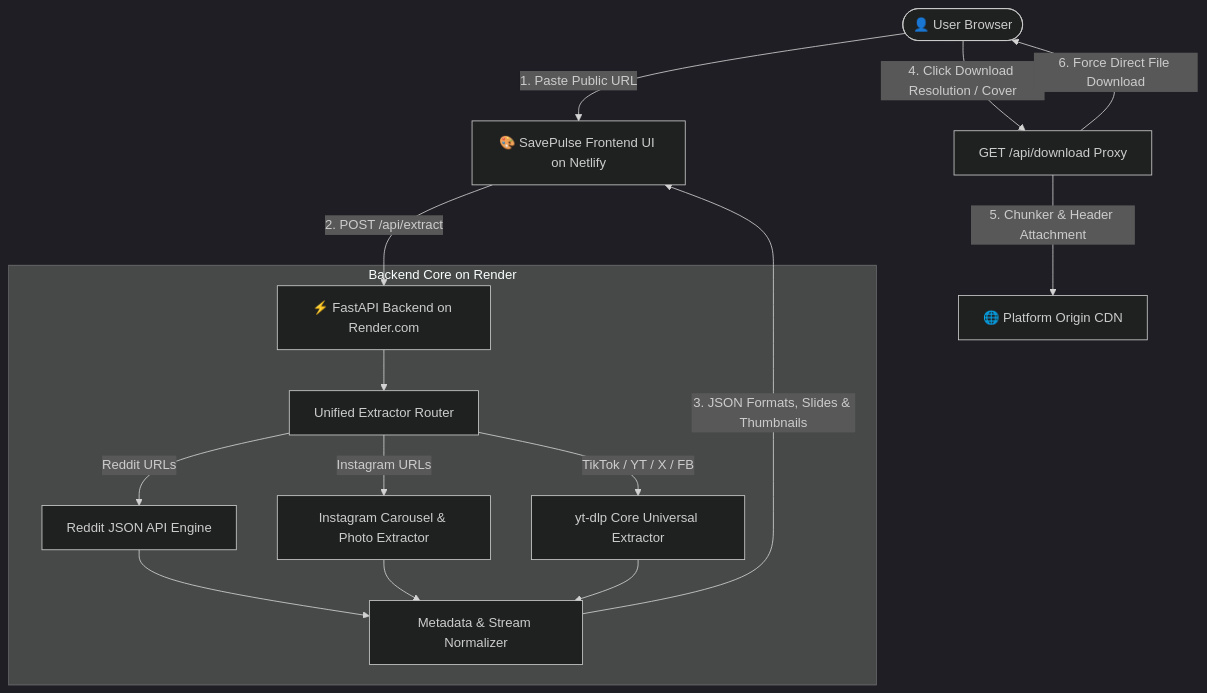
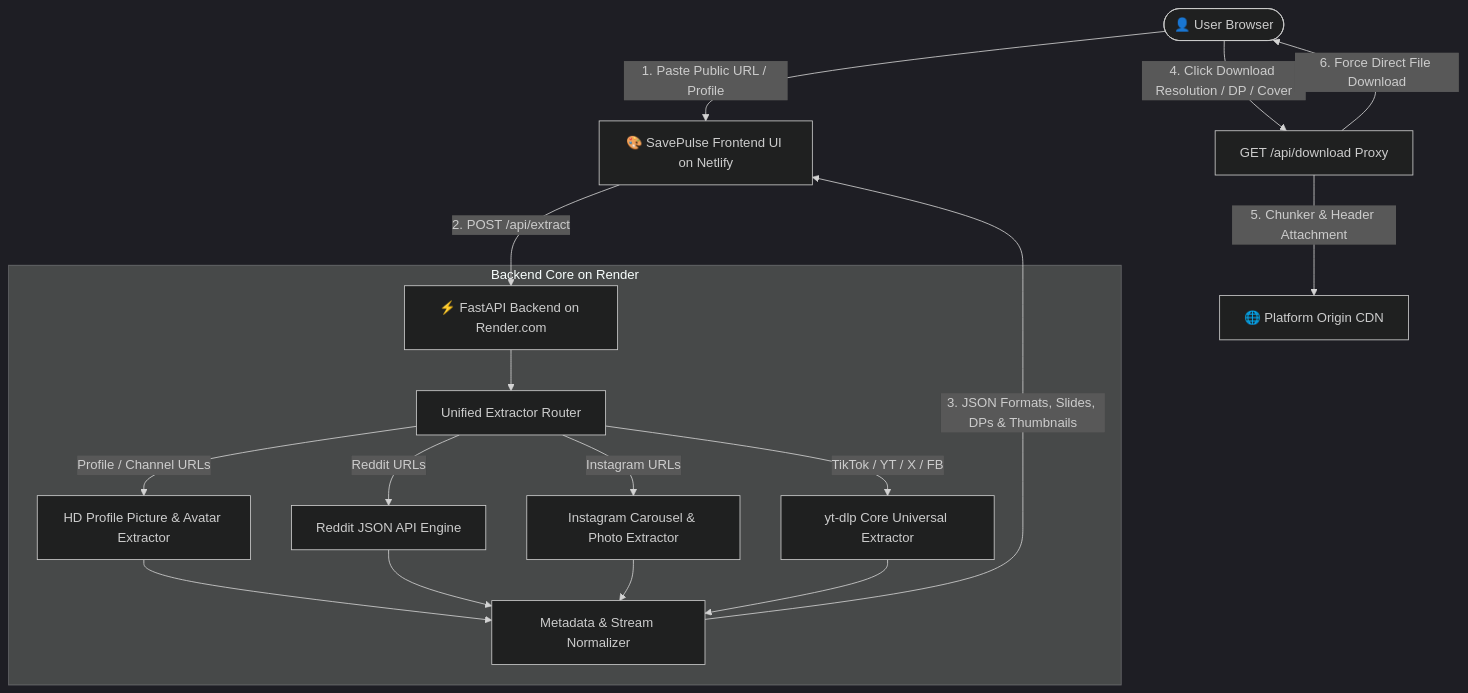
One commit to aakashsakhalkar/SavePulse changed the first of 2 diagrams in README.md. Above: the diagram before and after it, drawn with Mermaid (dark theme). The commit also changed other lines of this file and 5 other files, not shown here.

Commit message:
Update README, add HD Profile Picture extraction, scroll animations, and professional SaaS theme

````diff
--- a/README.md
+++ b/README.md
@@ -61,22 +68,24 @@
 ```mermaid
 graph TD
-    User([👤 User Browser]) -->|1. Paste Public URL| Frontend[🎨 SavePulse Frontend UI on Netlify]
+    User([👤 User Browser]) -->|1. Paste Public URL / Profile| Frontend[🎨 SavePulse Frontend UI on Netlify]
     Frontend -->|2. POST /api/extract| FastAPI[⚡ FastAPI Backend on Render.com]
     
     subgraph Backend Core on Render
         FastAPI --> Router[Unified Extractor Router]
         
+        Router -->|Profile / Channel URLs| DPEngine[HD Profile Picture & Avatar Extractor]
         Router -->|Reddit URLs| RedditEngine[Reddit JSON API Engine]
         Router -->|Instagram URLs| InstagramEngine[Instagram Carousel & Photo Extractor]
         Router -->|TikTok / YT / X / FB| YtDlpEngine[yt-dlp Core Universal Extractor]
         
-        RedditEngine --> MetadataParser[Metadata & Stream Normalizer]
+        DPEngine --> MetadataParser[Metadata & Stream Normalizer]
+        RedditEngine --> MetadataParser
         InstagramEngine --> MetadataParser
         YtDlpEngine --> MetadataParser
     end
     
-    MetadataParser -->|3. JSON Formats, Slides & Thumbnails| Frontend
-    User -->|4. Click Download Resolution / Cover| StreamProxy[GET /api/download Proxy]
+    MetadataParser -->|3. JSON Formats, Slides, DPs & Thumbnails| Frontend
+    User -->|4. Click Download Resolution / DP / Cover| StreamProxy[GET /api/download Proxy]
     StreamProxy -->|5. Chunker & Header Attachment| OriginCDN[🌐 Platform Origin CDN]
     StreamProxy -->|6. Force Direct File Download| User
 ```
````
